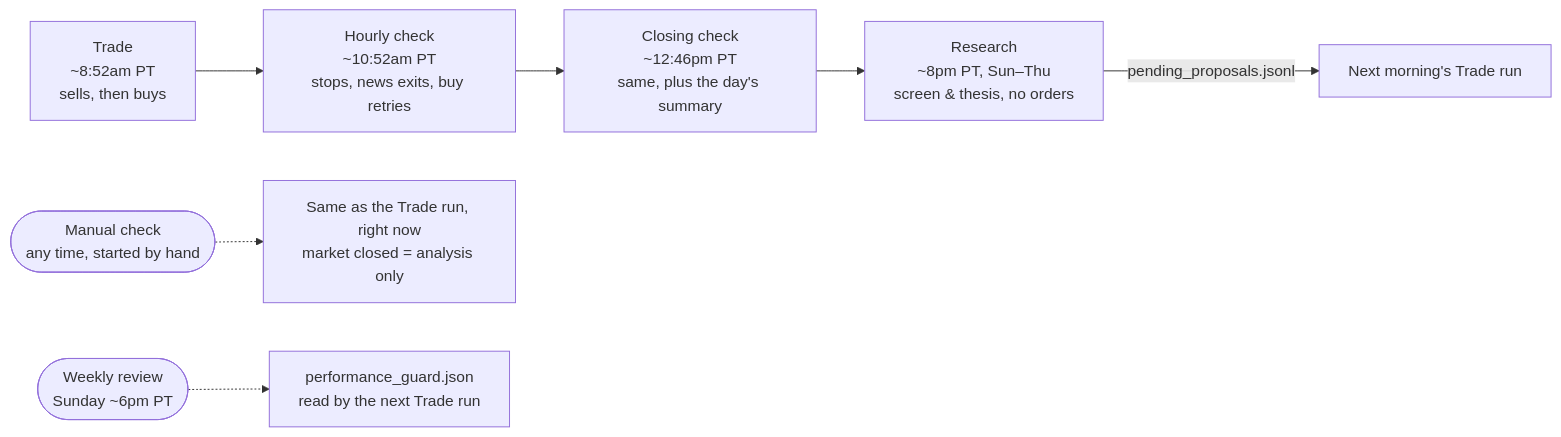
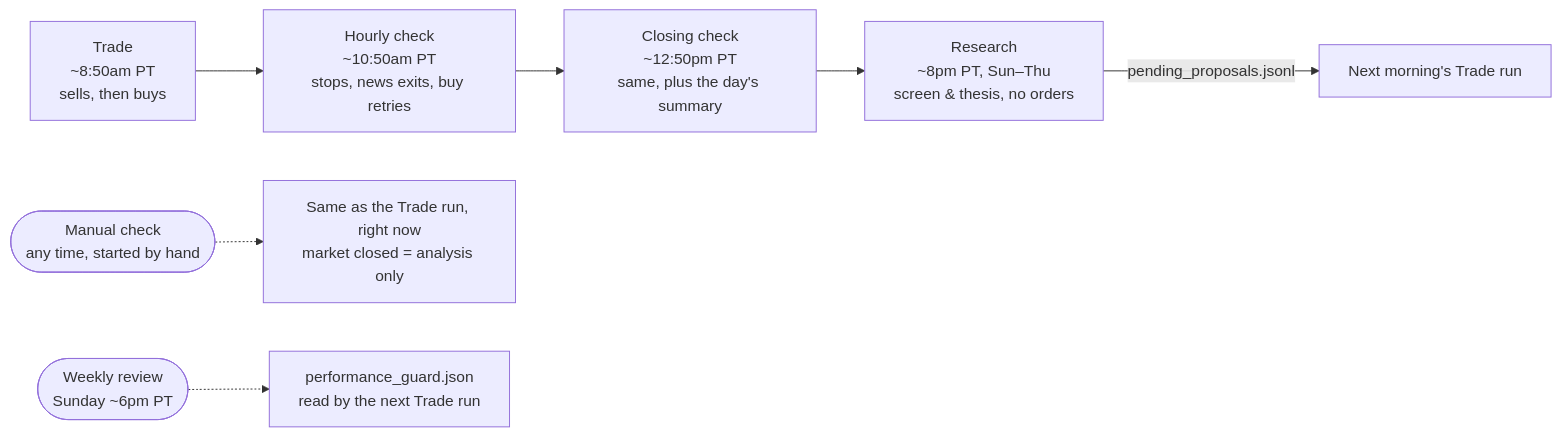
Before and after one commit to HarryXiong24/agentic-trader: the first of 3 diagrams in README.md, drawn with Mermaid. The commit also changed other lines of this file and 3 other files, not shown here.

First line of the commit message:
Align run times: Trade 8:50, hourly check 10:50, closing check 12:50 PT

````diff
--- a/README.md
+++ b/README.md
@@ -151,9 +151,9 @@
 ```mermaid
 flowchart LR
-    B["Trade<br/>~8:52am PT<br/>sells, then buys"] --> HC["Hourly check<br/>~10:52am PT<br/>stops, news exits, buy retries"]
-    HC --> C["Closing check<br/>~12:46pm PT<br/>same, plus the day's summary"]
+    B["Trade<br/>~8:50am PT<br/>sells, then buys"] --> HC["Hourly check<br/>~10:50am PT<br/>stops, news exits, buy retries"]
+    HC --> C["Closing check<br/>~12:50pm PT<br/>same, plus the day's summary"]
     C --> A["Research<br/>~8pm PT, Sun–Thu<br/>screen & thesis, no orders"]
     A -- "pending_proposals.jsonl" --> B2["Next morning's Trade run"]
     H(["Manual check<br/>any time, started by hand"]) -.-> X["Same as the Trade run, right now<br/>market closed = analysis only"]
     W(["Weekly review<br/>Sunday ~6pm PT"]) -.-> G["performance_guard.json<br/>read by the next Trade run"]
 ```
````
